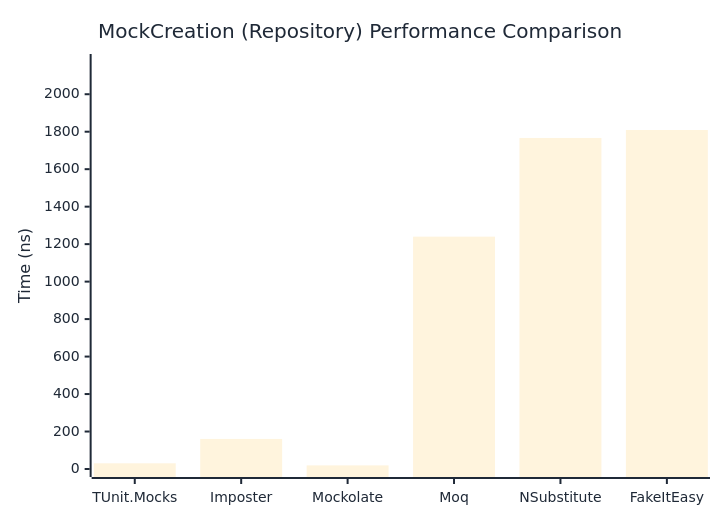
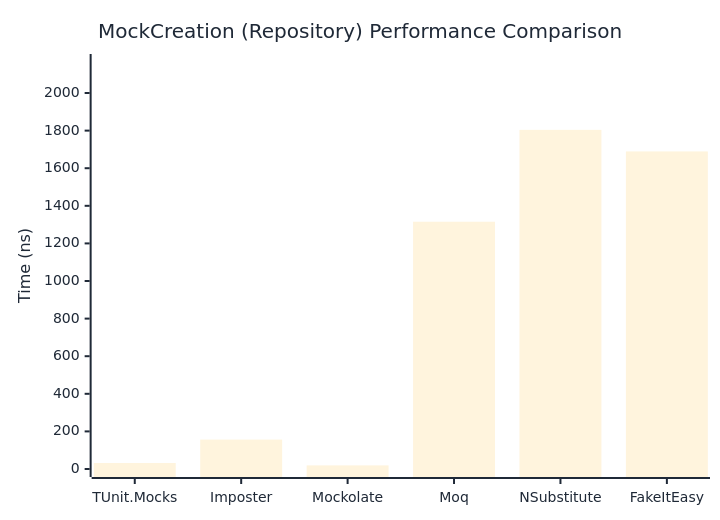
The second of 2 diagrams in docs/docs/benchmarks/mocks/MockCreation.md (thomhurst/TUnit), drawn with Mermaid before and after one commit. The commit also changed other lines of this file and 14 other files, not shown here.

````diff
--- a/docs/docs/benchmarks/mocks/MockCreation.md
+++ b/docs/docs/benchmarks/mocks/MockCreation.md
@@ -71,27 +71,27 @@
 ```mermaid
 %%{init: {
   'theme':'base',
   'themeVariables': {
     'primaryColor': '#2563eb',
     'primaryTextColor': '#1f2937',
     'primaryBorderColor': '#1e40af',
     'lineColor': '#6b7280',
     'secondaryColor': '#7c3aed',
     'tertiaryColor': '#dc2626',
     'background': '#ffffff',
     'pie1': '#2563eb',
     'pie2': '#7c3aed',
     'pie3': '#dc2626',
     'pie4': '#f59e0b',
     'pie5': '#10b981',
     'pie6': '#06b6d4',
     'pie7': '#ec4899',
     'pie8': '#6366f1'
   }
 }}%%
 xychart-beta
   title "MockCreation (Repository) Performance Comparison"
   x-axis ["TUnit.Mocks", "Imposter", "Mockolate", "Moq", "NSubstitute", "FakeItEasy"]
-  y-axis "Time (ns)" 0 --> 2172
-  bar [30.44, 160.49, 19.24, 1239.96, 1766.64, 1809.19]
+  y-axis "Time (ns)" 0 --> 2165
+  bar [31.93, 156.44, 19.2, 1315.37, 1804.07, 1689.29]
 ```
````
